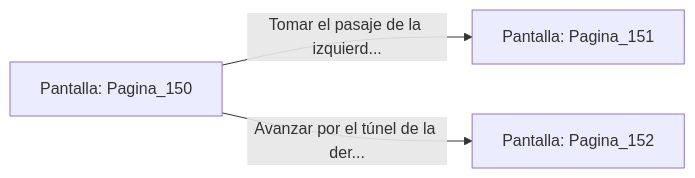
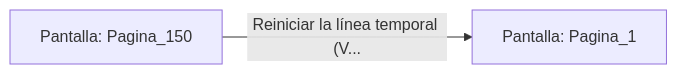
One commit to metsuke/mpl changed the diagram in sample/eligejuego-vault/Pantalla_Pagina_150.md. Above: the diagram before and after it, drawn with Mermaid. The commit also changed other lines of this file and 635 other files, not shown here.

First line of the commit message:
fix: añadir Pagina_1 como pantalla inicial en capitulo_01.mpl

````diff
--- a/sample/eligejuego-vault/Pantalla_Pagina_150.md
+++ b/sample/eligejuego-vault/Pantalla_Pagina_150.md
@@ -20,6 +17,5 @@
 ```mermaid
 graph LR
     P_Pagina_150["Pantalla: Pagina_150"]
-    P_Pagina_150 -->|"Tomar el pasaje de la izquierd..."| P_Pagina_151["Pantalla: Pagina_151"]
-    P_Pagina_150 -->|"Avanzar por el túnel de la der..."| P_Pagina_152["Pantalla: Pagina_152"]
+    P_Pagina_150 -->|"Reiniciar la línea temporal (V..."| P_Pagina_1["Pantalla: Pagina_1"]
 ```
````
